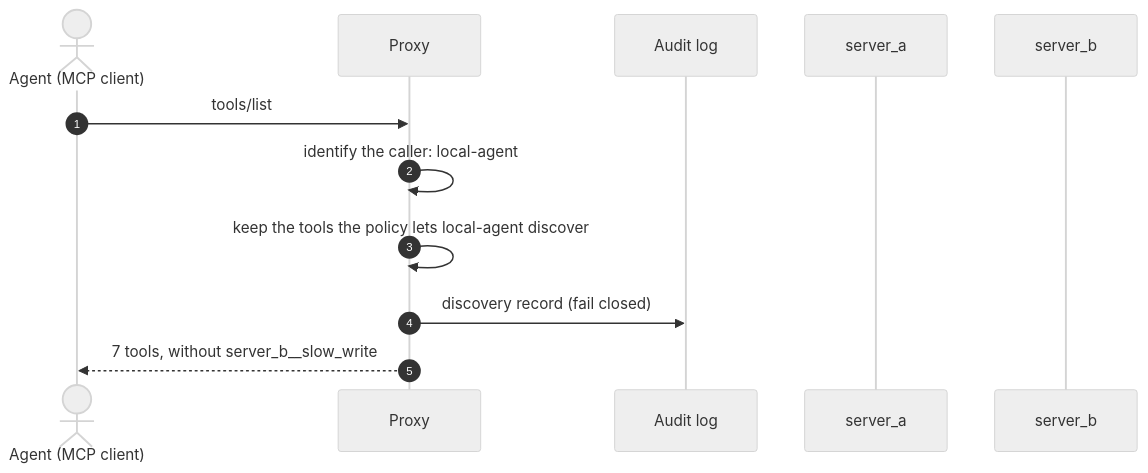
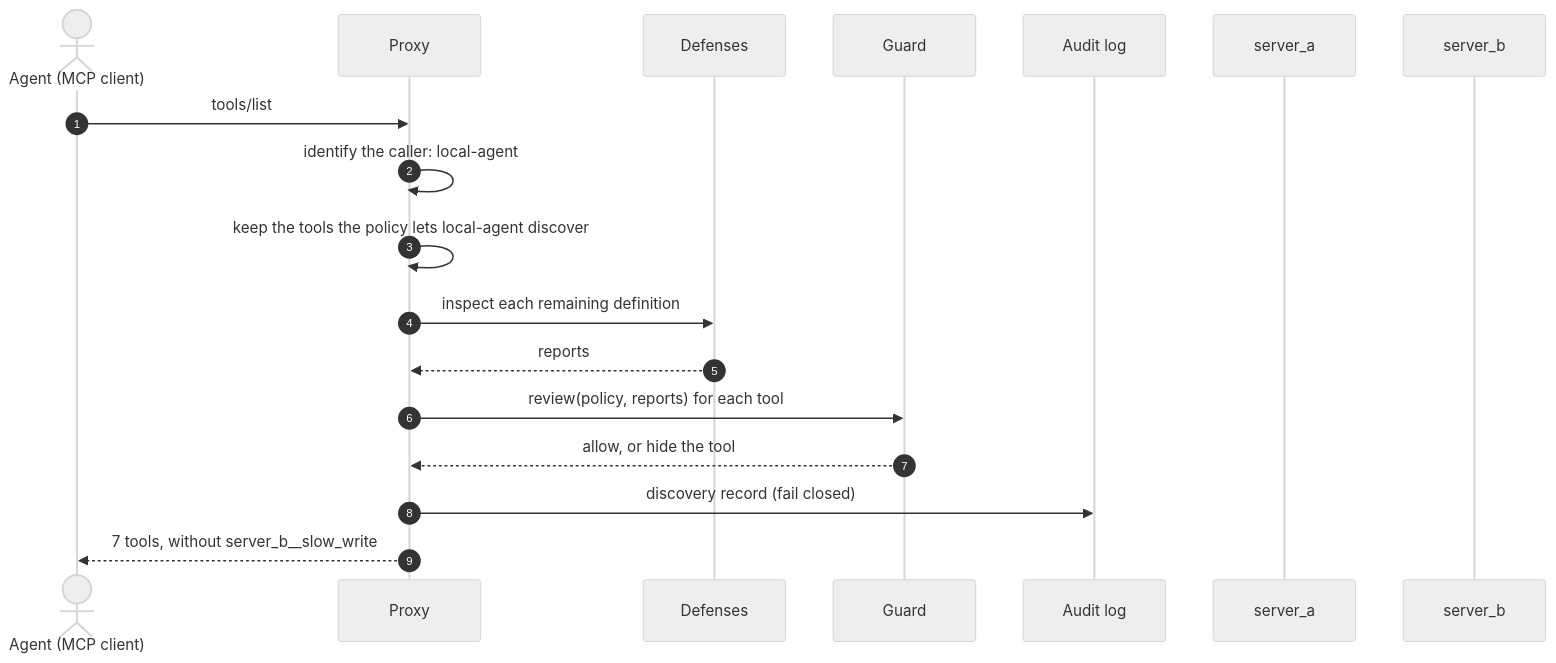
The second of 4 diagrams in docs/guide/how-it-works.md (taha-kahya/mcp-security-proxy), drawn with Mermaid (neutral theme) before and after one commit. The commit also changed other lines of this file and 4 other files, not shown here.

````diff
--- a/docs/guide/how-it-works.md
+++ b/docs/guide/how-it-works.md
@@ -42,15 +52,21 @@
 ```mermaid
 sequenceDiagram
     autonumber
     actor C as Agent (MCP client)
     participant P as Proxy
+    participant R as Defenses
+    participant G as Guard
     participant L as Audit log
     participant SA as server_a
     participant SB as server_b
 
     C->>P: tools/list
     P->>P: identify the caller: local-agent
     P->>P: keep the tools the policy lets local-agent discover
+    P->>R: inspect each remaining definition
+    R-->>P: reports
+    P->>G: review(policy, reports) for each tool
+    G-->>P: allow, or hide the tool
     P->>L: discovery record (fail closed)
     P-->>C: 7 tools, without server_b__slow_write
 ```
````
